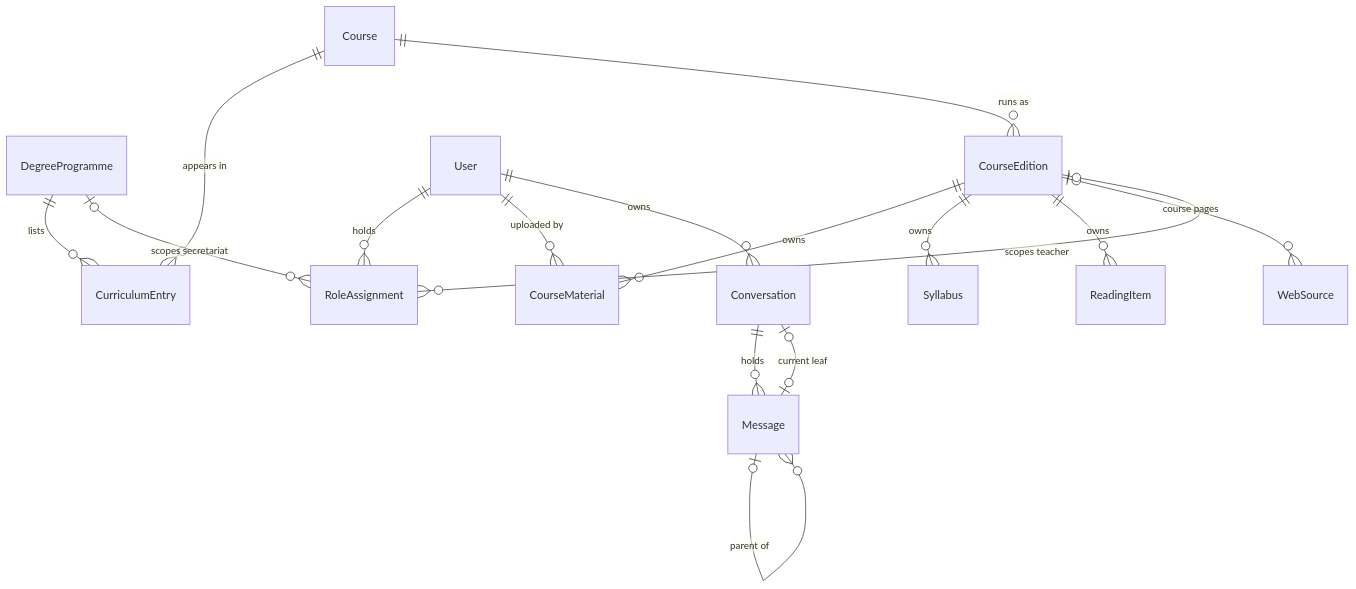
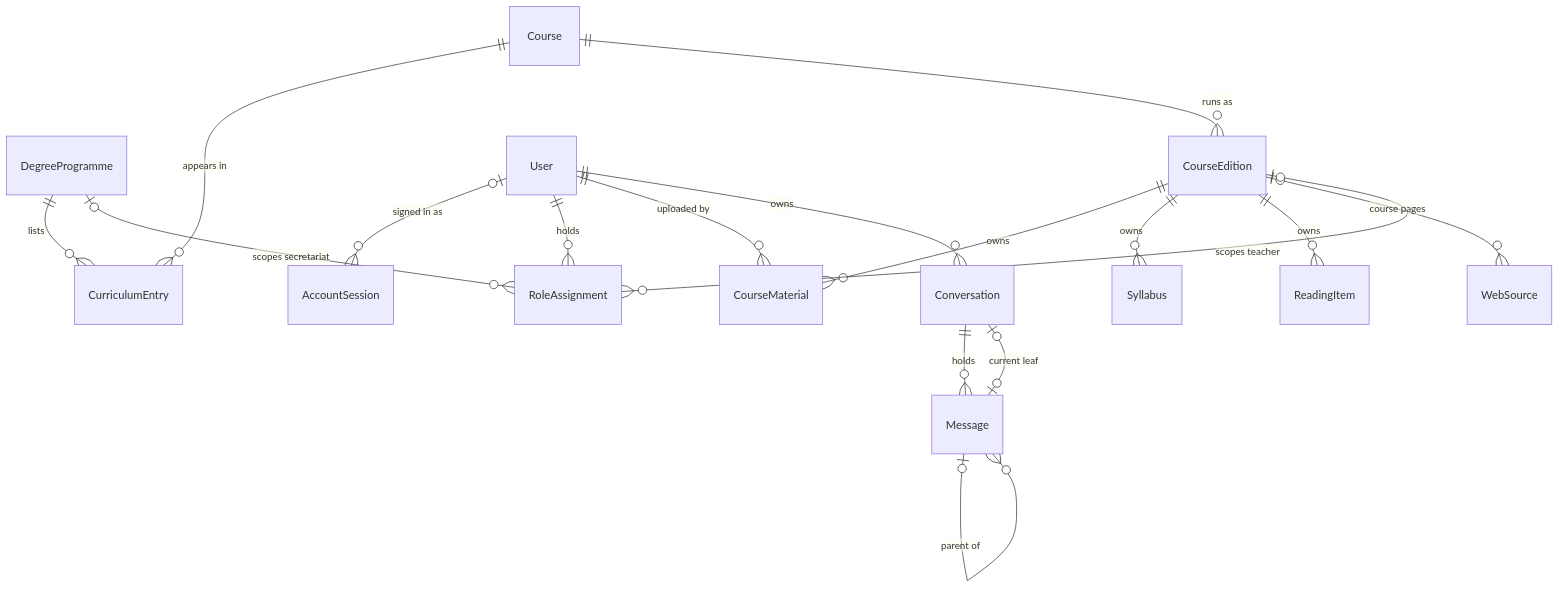
Before and after one commit to Zhengjunliang/multilingual-course-assistant: the diagram in docs/data-model.md, drawn with Mermaid. The commit also changed other lines of this file and 4 other files, not shown here.

````diff
--- a/docs/data-model.md
+++ b/docs/data-model.md
@@ -11,18 +11,19 @@
 ```mermaid
 erDiagram
     DegreeProgramme ||--o{ CurriculumEntry : lists
     Course ||--o{ CurriculumEntry : "appears in"
     Course ||--o{ CourseEdition : "runs as"
     CourseEdition ||--o{ CourseMaterial : owns
     CourseEdition ||--o{ Syllabus : owns
     CourseEdition ||--o{ ReadingItem : owns
     CourseEdition |o--o{ WebSource : "course pages"
+    User |o--o{ AccountSession : "signed in as"
     User ||--o{ RoleAssignment : holds
     DegreeProgramme |o--o{ RoleAssignment : "scopes secretariat"
     CourseEdition |o--o{ RoleAssignment : "scopes teacher"
     User ||--o{ CourseMaterial : "uploaded by"
     User ||--o{ Conversation : owns
     Conversation ||--o{ Message : holds
     Message |o--o{ Message : "parent of"
     Conversation |o--o| Message : "current leaf"
 ```
````
